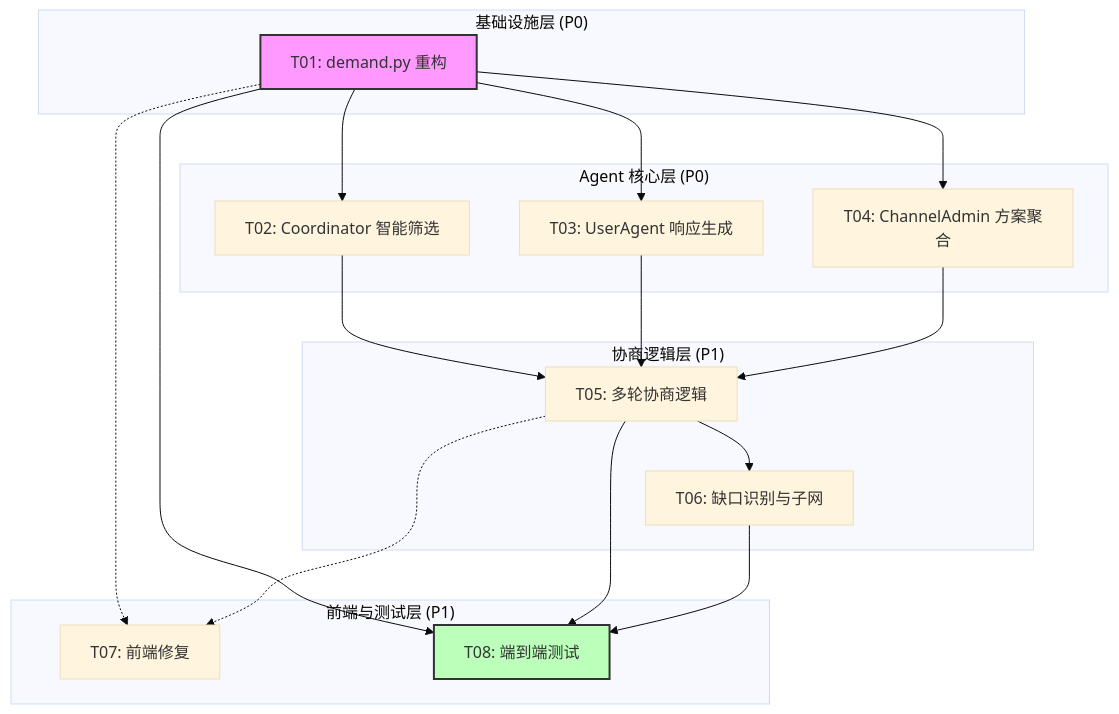
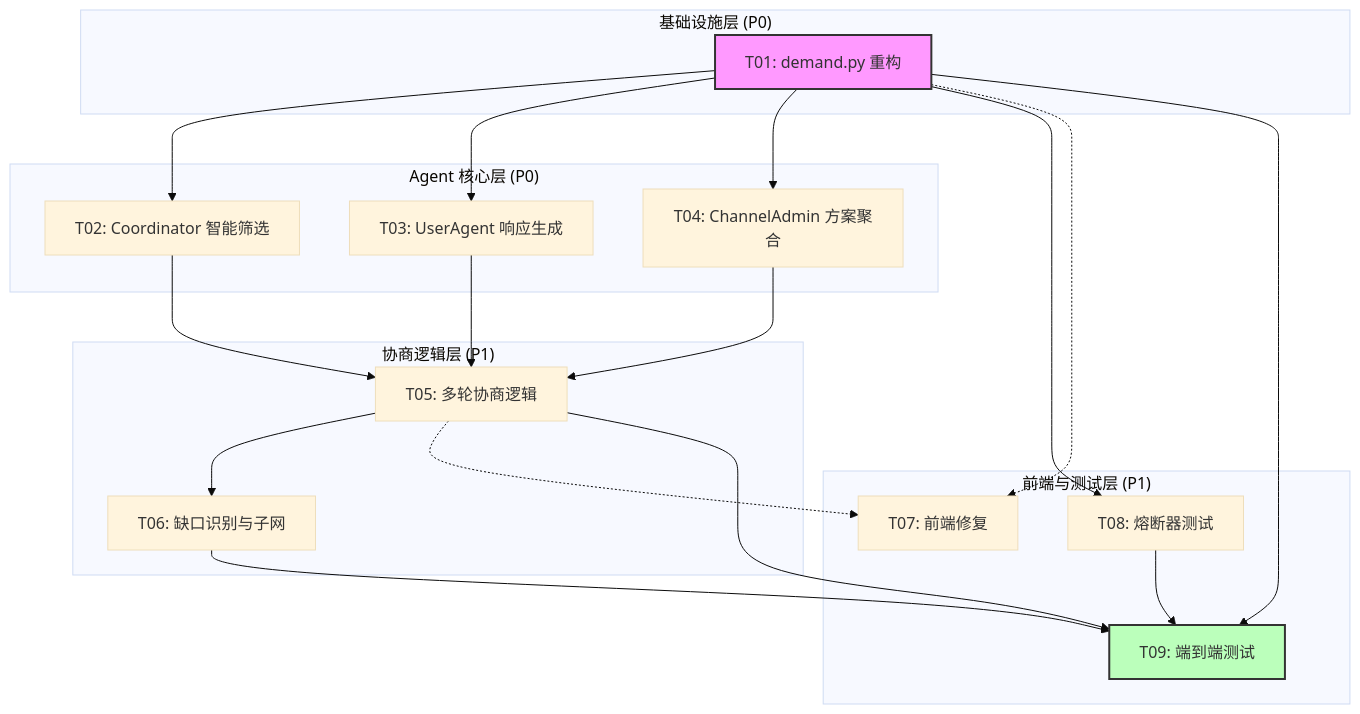
The diagram in .ai/epic-multiagent-negotiation/TASK-dependency-analysis.md (NatureBlueee/Towow), drawn with Mermaid (base theme) before and after one commit. The commit also changed other lines of this file and 31 other files, not shown here.

````diff
--- a/.ai/epic-multiagent-negotiation/TASK-dependency-analysis.md
+++ b/.ai/epic-multiagent-negotiation/TASK-dependency-analysis.md
@@ -15,41 +15,44 @@
 ```mermaid
 graph TD
     subgraph "基础设施层 (P0)"
         T01[T01: demand.py 重构]
     end
 
     subgraph "Agent 核心层 (P0)"
         T02[T02: Coordinator 智能筛选]
         T03[T03: UserAgent 响应生成]
         T04[T04: ChannelAdmin 方案聚合]
     end
 
     subgraph "协商逻辑层 (P1)"
         T05[T05: 多轮协商逻辑]
         T06[T06: 缺口识别与子网]
     end
 
     subgraph "前端与测试层 (P1)"
         T07[T07: 前端修复]
-        T08[T08: 端到端测试]
+        T08[T08: 熔断器测试]
+        T09[T09: 端到端测试]
     end
 
     %% 硬依赖 (实线箭头)
     T01 --> T02
     T01 --> T03
     T01 --> T04
     T02 --> T05
     T03 --> T05
     T04 --> T05
     T05 --> T06
+    T01 --> T08
 
     %% 接口依赖 (虚线箭头)
     T01 -.-> T07
     T05 -.-> T07
-    T01 --> T08
-    T05 --> T08
-    T06 --> T08
+    T01 --> T09
+    T05 --> T09
+    T06 --> T09
+    T08 --> T09
 
     style T01 fill:#f9f,stroke:#333,stroke-width:2px
-    style T08 fill:#bfb,stroke:#333,stroke-width:2px
+    style T09 fill:#bfb,stroke:#333,stroke-width:2px
 ```
````
